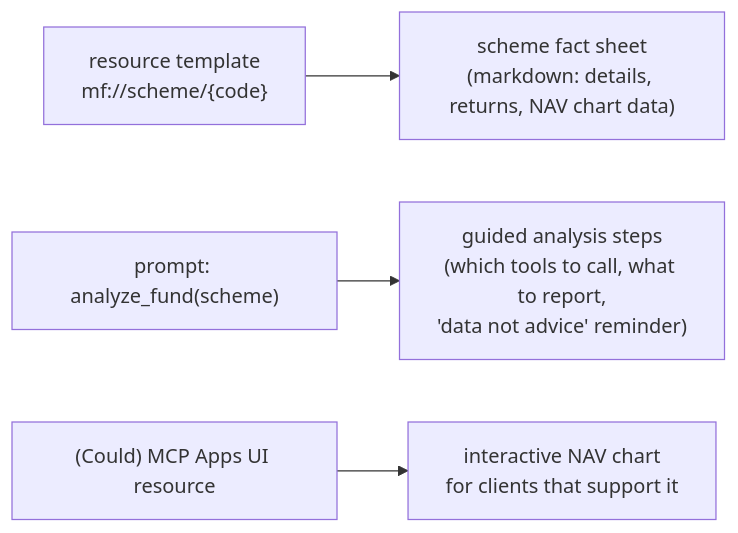
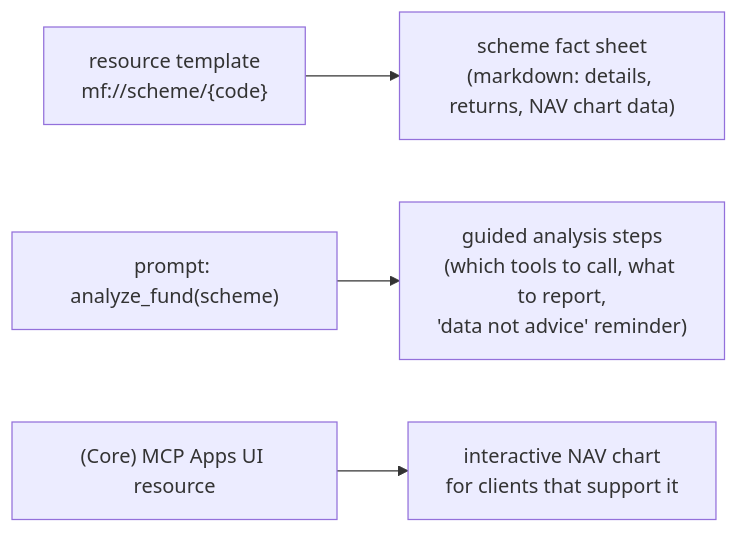
Before and after one commit to pRiMeXoMeGa/AI-Learning-Projects: the second of 2 diagrams in projects/02-mcp-hub/docs/09-build-plan/F15-tasks-resources.md, drawn with Mermaid. The commit also changed other lines of this file and 31 other files, not shown here.

````diff
--- a/projects/02-mcp-hub/docs/09-build-plan/F15-tasks-resources.md
+++ b/projects/02-mcp-hub/docs/09-build-plan/F15-tasks-resources.md
@@ -31,6 +35,6 @@
 ```mermaid
 flowchart LR
     RT["resource template<br/>mf://scheme/{code}"] --> RD["scheme fact sheet<br/>(markdown: details, returns, NAV chart data)"]
     PR["prompt: analyze_fund(scheme)"] --> PT["guided analysis steps<br/>(which tools to call, what to report,<br/>'data not advice' reminder)"]
-    APP["(Could) MCP Apps UI resource"] --> CH["interactive NAV chart<br/>for clients that support it"]
+    APP["(Core) MCP Apps UI resource"] --> CH["interactive NAV chart<br/>for clients that support it"]
 ```
````
